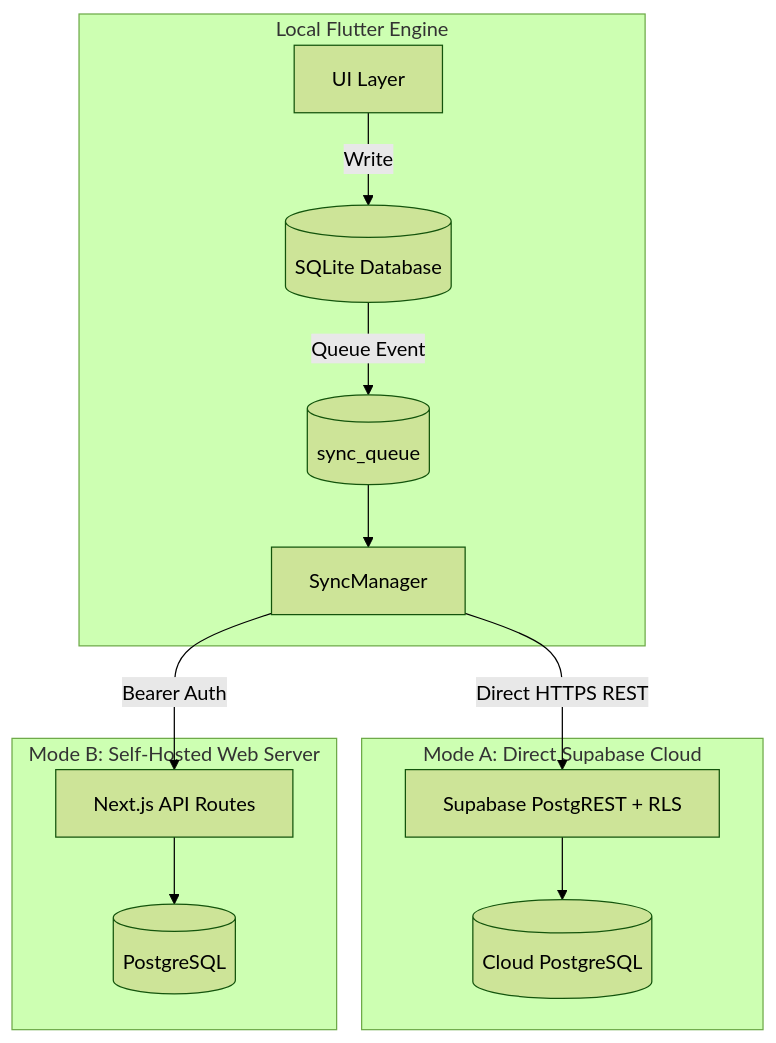
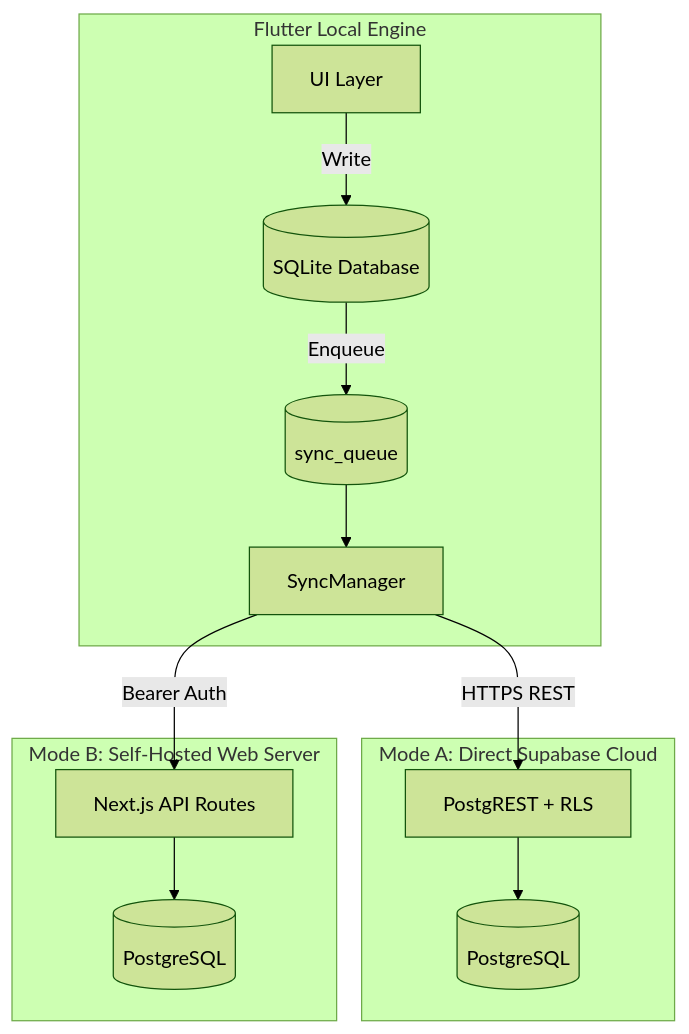
The diagram in doc/explanation/SyncArchitecture.md (Tvastr-ops/reading-tracker), drawn with Mermaid (forest theme) before and after one commit. The commit also changed other lines of this file and 15 other files, not shown here.

````diff
--- a/doc/explanation/SyncArchitecture.md
+++ b/doc/explanation/SyncArchitecture.md
@@ -23,18 +20,18 @@
 ```mermaid
 flowchart TD
-    subgraph Client["Local Flutter Engine"]
+    subgraph Client["Flutter Local Engine"]
         UI["UI Layer"] -->|Write| LocalDB[("SQLite Database")]
-        LocalDB -->|Queue Event| SQ[("sync_queue")]
+        LocalDB -->|Enqueue| SQ[("sync_queue")]
         SQ --> SM["SyncManager"]
     end
 
     subgraph SupabaseMode["Mode A: Direct Supabase Cloud"]
-        SM -->|Direct HTTPS REST| RLS["Supabase PostgREST + RLS"]
-        RLS --> PG1[("Cloud PostgreSQL")]
+        SM -->|HTTPS REST| RLS["PostgREST + RLS"]
+        RLS --> PG1[("PostgreSQL")]
     end
 
     subgraph RESTMode["Mode B: Self-Hosted Web Server"]
         SM -->|Bearer Auth| WebAPI["Next.js API Routes"]
         WebAPI --> PG2[("PostgreSQL")]
     end
 ```
````
